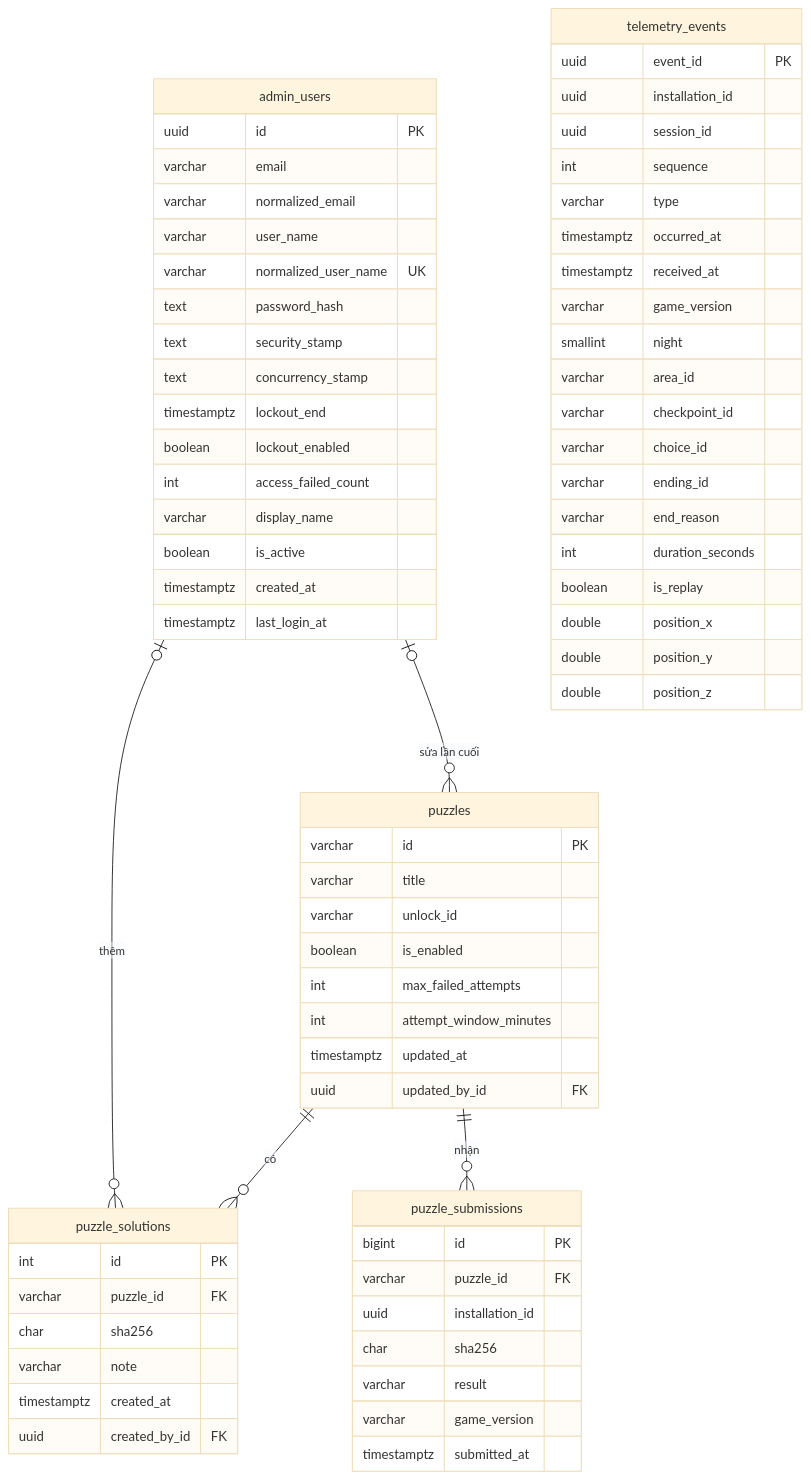
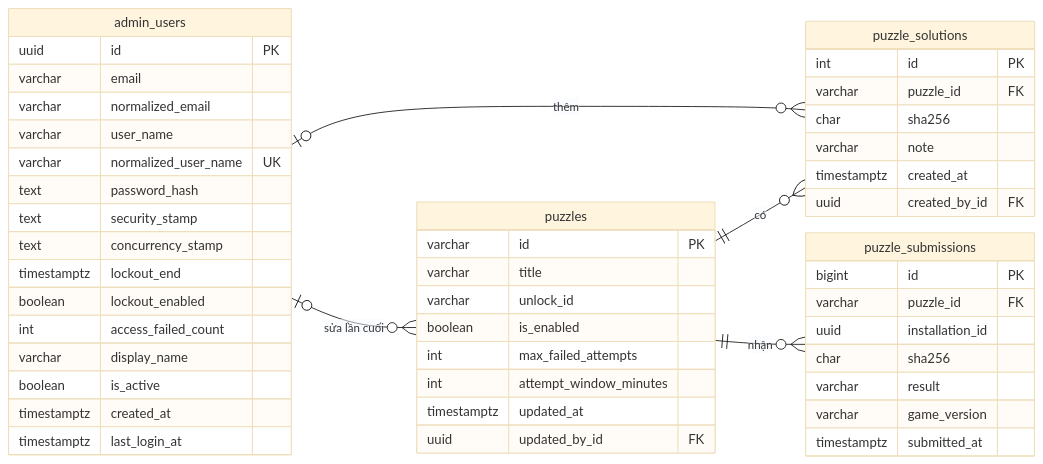
The first of 3 diagrams in docs/thiet-ke/luoc-do-lop-may-chu.md (qivarnq3g/3-gio-12), drawn with Mermaid (base theme) before and after one commit.

Commit message:
docs: dàn lại lược đồ cơ sở dữ liệu cho chữ đủ to khi in (#13)

````diff
--- a/docs/thiet-ke/luoc-do-lop-may-chu.md
+++ b/docs/thiet-ke/luoc-do-lop-may-chu.md
@@ -190,77 +190,58 @@
 ```mermaid
+%%{init: {"er": {"nodeSpacing": 20, "rankSpacing": 80, "entityPadding": 8}}}%%
 erDiagram
+    direction LR
     admin_users {
         uuid id PK
         varchar email
         varchar normalized_email
         varchar user_name
         varchar normalized_user_name UK
         text password_hash
         text security_stamp
         text concurrency_stamp
         timestamptz lockout_end
         boolean lockout_enabled
         int access_failed_count
         varchar display_name
         boolean is_active
         timestamptz created_at
         timestamptz last_login_at
     }
 
     puzzles {
         varchar id PK
         varchar title
         varchar unlock_id
         boolean is_enabled
         int max_failed_attempts
         int attempt_window_minutes
         timestamptz updated_at
         uuid updated_by_id FK
     }
 
     puzzle_solutions {
         int id PK
         varchar puzzle_id FK
         char sha256
         varchar note
         timestamptz created_at
         uuid created_by_id FK
     }
 
     puzzle_submissions {
         bigint id PK
         varchar puzzle_id FK
         uuid installation_id
         char sha256
         varchar result
         varchar game_version
         timestamptz submitted_at
     }
 
-    telemetry_events {
-        uuid event_id PK
-        uuid installation_id
-        uuid session_id
-        int sequence
-        varchar type
-        timestamptz occurred_at
-        timestamptz received_at
-        varchar game_version
-        smallint night
-        varchar area_id
-        varchar checkpoint_id
-        varchar choice_id
-        varchar ending_id
-        varchar end_reason
-        int duration_seconds
-        boolean is_replay
-        double position_x
-        double position_y
-        double position_z
-    }
 
     puzzles ||--o{ puzzle_solutions : "có"
     puzzles ||--o{ puzzle_submissions : "nhận"
     admin_users |o--o{ puzzles : "sửa lần cuối"
     admin_users |o--o{ puzzle_solutions : "thêm"
 ```
````
